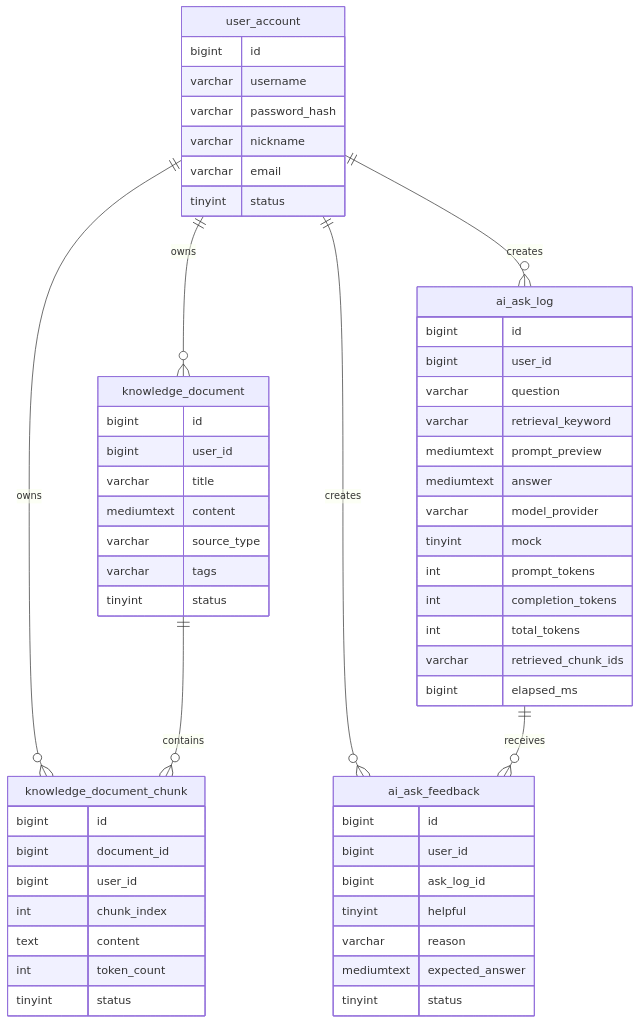
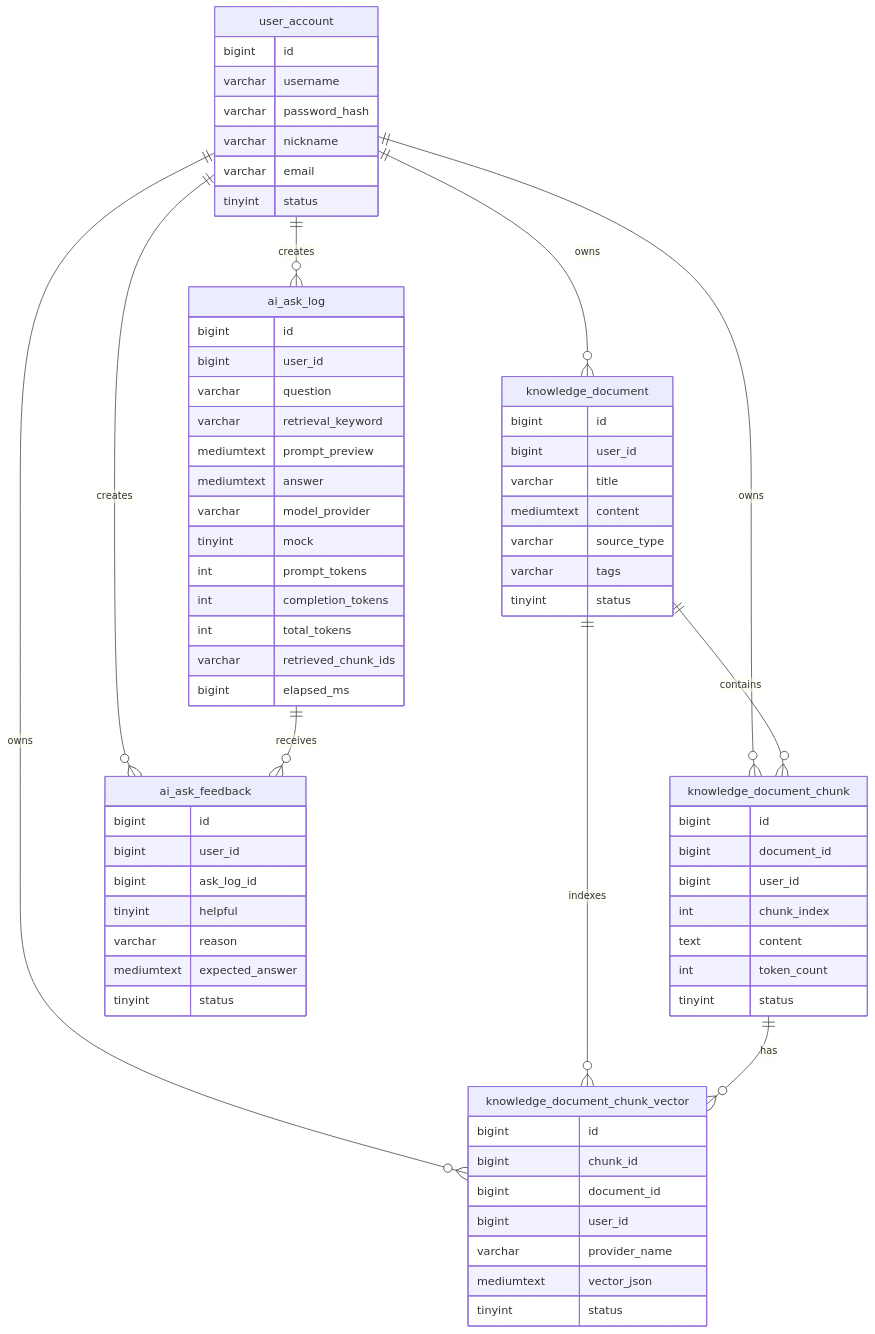
The second of 3 diagrams in backend/docs/architecture.md (wwjorker/devmind), drawn with Mermaid before and after one commit. The commit also changed other lines of this file and 16 other files, not shown here.

````diff
--- a/backend/docs/architecture.md
+++ b/backend/docs/architecture.md
@@ -25,64 +25,77 @@
 ```mermaid
 erDiagram
     user_account ||--o{ knowledge_document : owns
     user_account ||--o{ knowledge_document_chunk : owns
+    user_account ||--o{ knowledge_document_chunk_vector : owns
     knowledge_document ||--o{ knowledge_document_chunk : contains
+    knowledge_document ||--o{ knowledge_document_chunk_vector : indexes
+    knowledge_document_chunk ||--o{ knowledge_document_chunk_vector : has
     user_account ||--o{ ai_ask_log : creates
     user_account ||--o{ ai_ask_feedback : creates
     ai_ask_log ||--o{ ai_ask_feedback : receives
 
     user_account {
         bigint id
         varchar username
         varchar password_hash
         varchar nickname
         varchar email
         tinyint status
     }
 
     knowledge_document {
         bigint id
         bigint user_id
         varchar title
         mediumtext content
         varchar source_type
         varchar tags
         tinyint status
     }
 
     knowledge_document_chunk {
         bigint id
         bigint document_id
         bigint user_id
         int chunk_index
         text content
         int token_count
         tinyint status
     }
 
+    knowledge_document_chunk_vector {
+        bigint id
+        bigint chunk_id
+        bigint document_id
+        bigint user_id
+        varchar provider_name
+        mediumtext vector_json
+        tinyint status
+    }
+
     ai_ask_log {
         bigint id
         bigint user_id
         varchar question
         varchar retrieval_keyword
         mediumtext prompt_preview
         mediumtext answer
         varchar model_provider
         tinyint mock
         int prompt_tokens
         int completion_tokens
         int total_tokens
         varchar retrieved_chunk_ids
         bigint elapsed_ms
     }
 
     ai_ask_feedback {
         bigint id
         bigint user_id
         bigint ask_log_id
         tinyint helpful
         varchar reason
         mediumtext expected_answer
         tinyint status
     }
 ```
````
